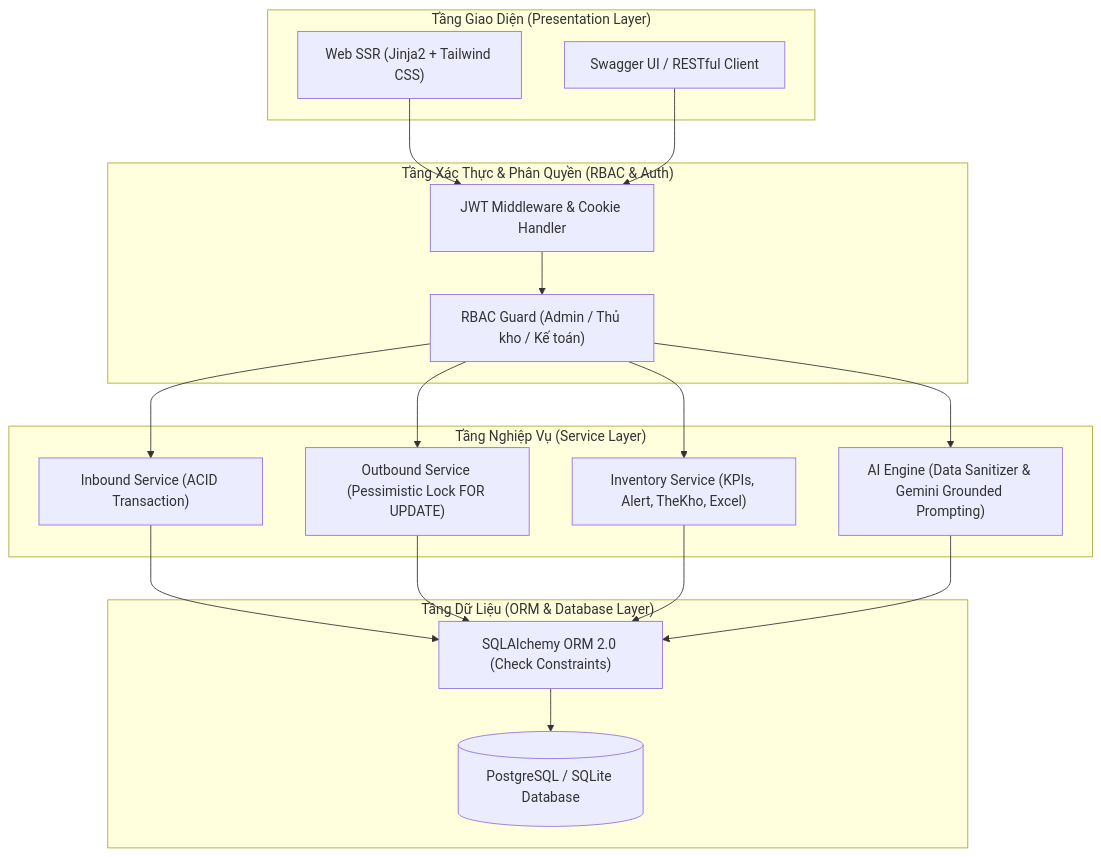
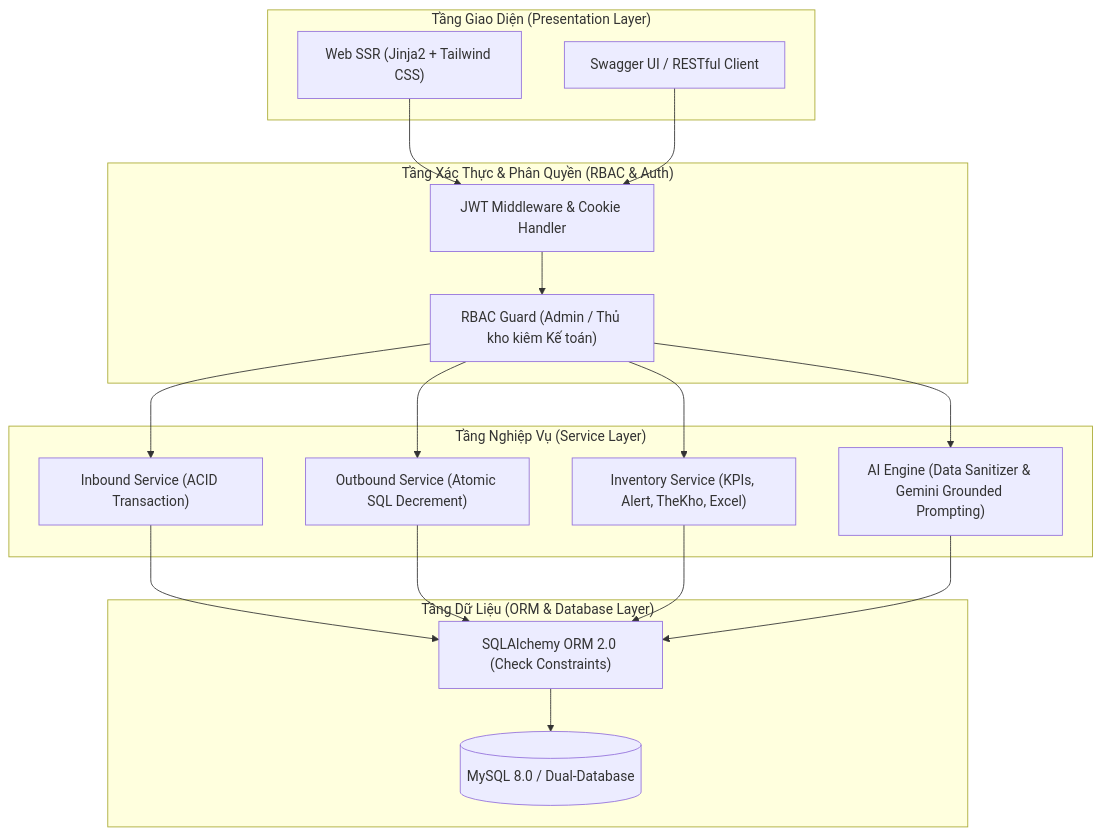
One commit to hungthanh12345/smartlogis-ai changed the first of 3 diagrams in docs/GIAI_DOAN_1_DESIGN.md. Above: the diagram before and after it, drawn with Mermaid. The commit also changed other lines of this file and 43 other files, not shown here.

Commit message:
feat: chuẩn hóa hệ thống SmartLogis-AI v2.0 - tích hợp MySQL 8.0, Gemini AI, vai trò Thủ kho kiêm Kế toán & cập nhật toàn bộ sơ đồ sạch vào HTD_NTH_KTPMK23A.docx

````diff
--- a/docs/GIAI_DOAN_1_DESIGN.md
+++ b/docs/GIAI_DOAN_1_DESIGN.md
@@ -14,37 +14,37 @@
 ```mermaid
 flowchart TD
     subgraph PresentationLayer ["Tầng Giao Diện (Presentation Layer)"]
         UI_Web["Web SSR (Jinja2 + Tailwind CSS)"]
         UI_API["Swagger UI / RESTful Client"]
     end
 
     subgraph SecurityLayer ["Tầng Xác Thực & Phân Quyền (RBAC & Auth)"]
         JWT_Auth["JWT Middleware & Cookie Handler"]
-        RoleGuard["RBAC Guard (Admin / Thủ kho / Kế toán)"]
+        RoleGuard["RBAC Guard (Admin / Thủ kho kiêm Kế toán)"]
     end
 
     subgraph BusinessLayer ["Tầng Nghiệp Vụ (Service Layer)"]
         InboundService["Inbound Service (ACID Transaction)"]
-        OutboundService["Outbound Service (Pessimistic Lock FOR UPDATE)"]
+        OutboundService["Outbound Service (Atomic SQL Decrement)"]
         InventoryService["Inventory Service (KPIs, Alert, TheKho, Excel)"]
         AIService["AI Engine (Data Sanitizer & Gemini Grounded Prompting)"]
     end
 
     subgraph DataLayer ["Tầng Dữ Liệu (ORM & Database Layer)"]
         SQLAlchemyORM["SQLAlchemy ORM 2.0 (Check Constraints)"]
-        PostgreSQL[("PostgreSQL / SQLite Database")]
+        Database[("MySQL 8.0 / Dual-Database")]
     end
 
     UI_Web --> JWT_Auth
     UI_API --> JWT_Auth
     JWT_Auth --> RoleGuard
     RoleGuard --> InboundService
     RoleGuard --> OutboundService
     RoleGuard --> InventoryService
     RoleGuard --> AIService
     InboundService --> SQLAlchemyORM
     OutboundService --> SQLAlchemyORM
     InventoryService --> SQLAlchemyORM
     AIService --> SQLAlchemyORM
-    SQLAlchemyORM --> PostgreSQL
+    SQLAlchemyORM --> Database
 ```
````
